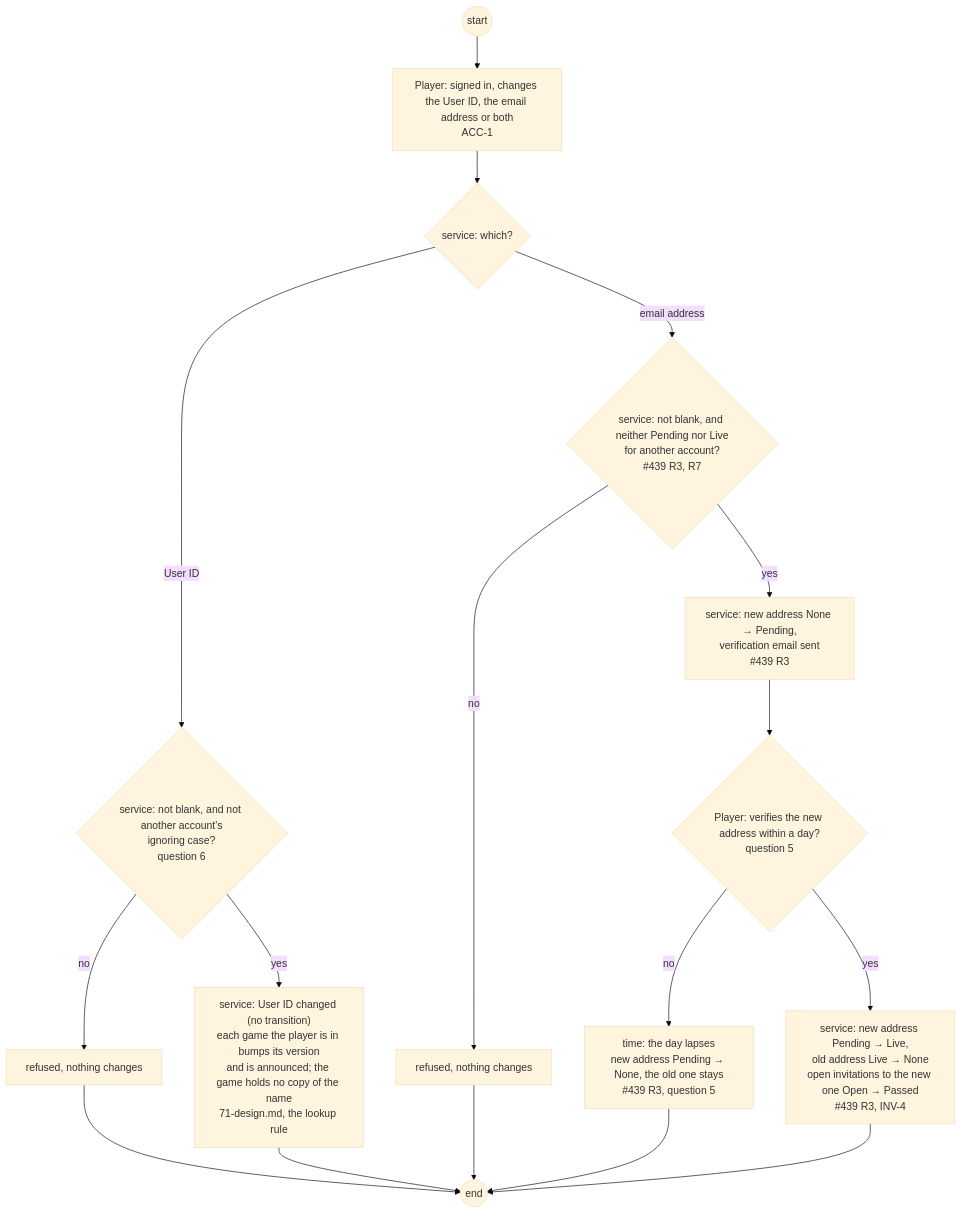
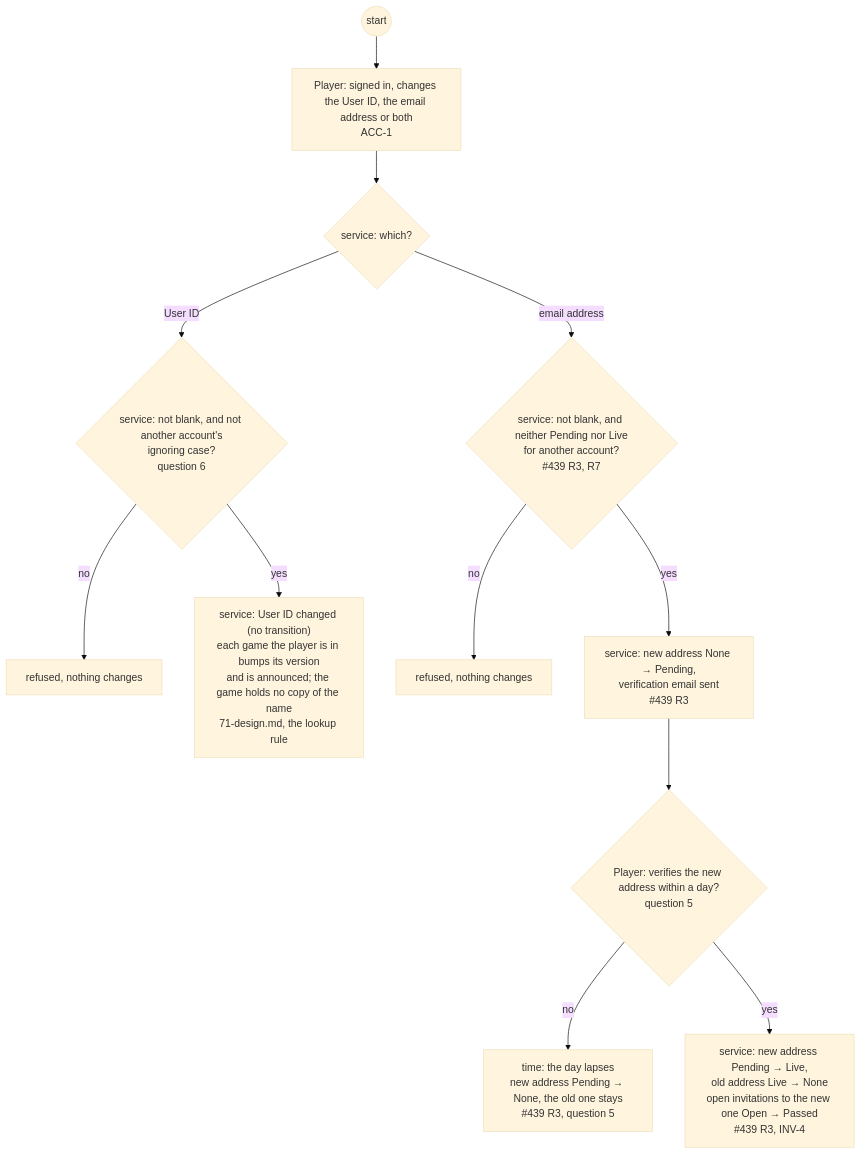
The fourth of 29 diagrams in docs/changes/workstreams/application-game-architecture/71-one-game-model/71-functional.md (delphside/programme), drawn with Mermaid (base theme) before and after one commit. The commit also changed other lines of this file, not shown here.

First line of the commit message:
app 0.9.2 api 2.16: 71: activity diagrams drop their explicit end nodes

````diff
--- a/docs/changes/workstreams/application-game-architecture/71-one-game-model/71-functional.md
+++ b/docs/changes/workstreams/application-game-architecture/71-one-game-model/71-functional.md
@@ -117,19 +111,14 @@
 ```mermaid
 flowchart TD
   s0((start)) --> p1["Player: signed in, changes the User ID, the email address or both<br/>ACC-1"]
   p1 --> d0{"service: which?"}
   d0 -- "User ID" --> v1{"service: not blank, and not another account's<br/>ignoring case?<br/>question 6"}
   v1 -- no --> r1["refused, nothing changes"]
   v1 -- yes --> t1["service: User ID changed (no transition)<br/>each game the player is in bumps its version<br/>and is announced; the game holds no copy of the name<br/>71-design.md, the lookup rule"]
   d0 -- "email address" --> v2{"service: not blank, and neither Pending nor Live<br/>for another account?<br/>#439 R3, R7"}
   v2 -- no --> r2["refused, nothing changes"]
   v2 -- yes --> t2["service: new address None → Pending,<br/>verification email sent<br/>#439 R3"]
   t2 --> d1{"Player: verifies the new address within a day?<br/>question 5"}
   d1 -- no --> t3["time: the day lapses<br/>new address Pending → None, the old one stays<br/>#439 R3, question 5"]
   d1 -- yes --> t4["service: new address Pending → Live,<br/>old address Live → None<br/>open invitations to the new one Open → Passed<br/>#439 R3, INV-4"]
-  t1 --> e0((end))
-  t3 --> e0
-  t4 --> e0
-  r1 --> e0
-  r2 --> e0
 ```
````
